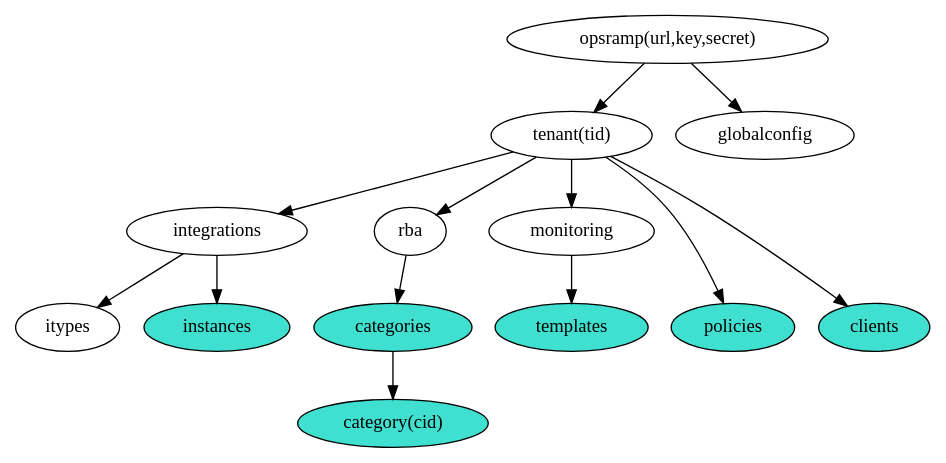
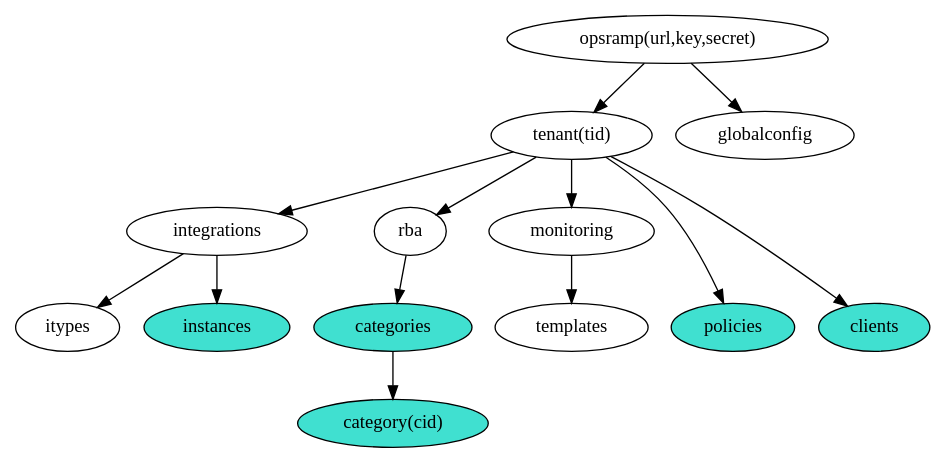
One commit to HewlettPackard/python-opsramp changed the diagram in classes.dot. Above: the diagram before and after it, drawn with Graphviz. The commit also changed 1 other file, not shown here.

Commit message:
Update classes diagram to show creators
Correctly highlight the subset of classes that implement a
"create" method.

```diff
--- a/classes.dot
+++ b/classes.dot
@@ -1,35 +1,35 @@
 # classes.dot
 # An input file for graphviz that produces a diagram of the relationship
 # between the various classes in the python-opsramp language binding.
 #
 # (c) Copyright 2019 Hewlett Packard Enterprise Development LP
 #
 # Licensed under the Apache License, Version 2.0 (the "License");
 # you may not use this file except in compliance with the License.
 # You may obtain a copy of the License at
 #
 #     http://www.apache.org/licenses/LICENSE-2.0
 #
 # Unless required by applicable law or agreed to in writing, software
 # distributed under the License is distributed on an "AS IS" BASIS,
 # WITHOUT WARRANTIES OR CONDITIONS OF ANY KIND, either express or implied.
 # See the License for the specific language governing permissions and
 # limitations under the License.
 #
 digraph {
   opsramp -> { tenant globalconfig }
-  opsramp [label="opsramp(url,key,secret)"]
   tenant -> { integrations rba monitoring policies clients }
-  tenant [label="tenant(tid)"]
   rba -> categories
   categories -> category
   monitoring -> templates
   integrations -> { itypes instances }
   { rank=same categories templates clients policies itypes instances }
+
+  opsramp [label="opsramp(url,key,secret)"]
+  tenant [label="tenant(tid)"]
   category [label="category(cid)" style="filled" fillcolor="turquoise"]
   instances [style="filled" fillcolor="turquoise"]
   categories [style="filled" fillcolor="turquoise"]
-  templates [style="filled" fillcolor="turquoise"]
   policies [style="filled" fillcolor="turquoise"]
   clients [style="filled" fillcolor="turquoise"]
 }
```
